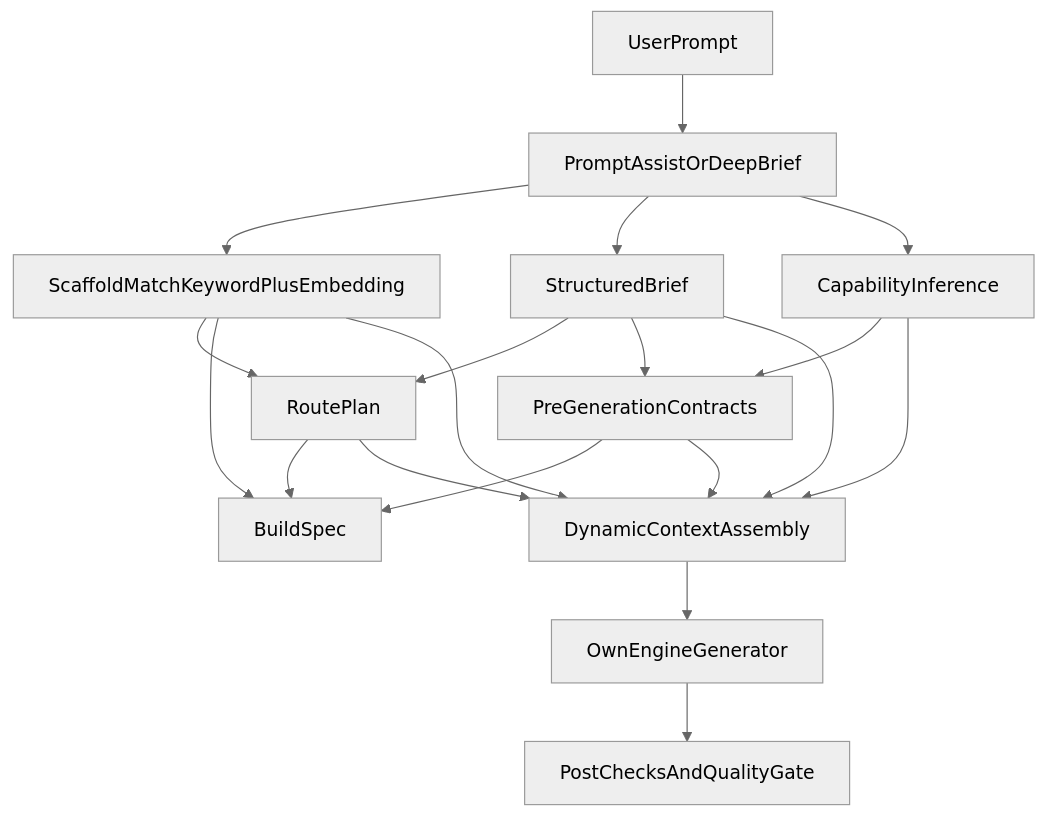
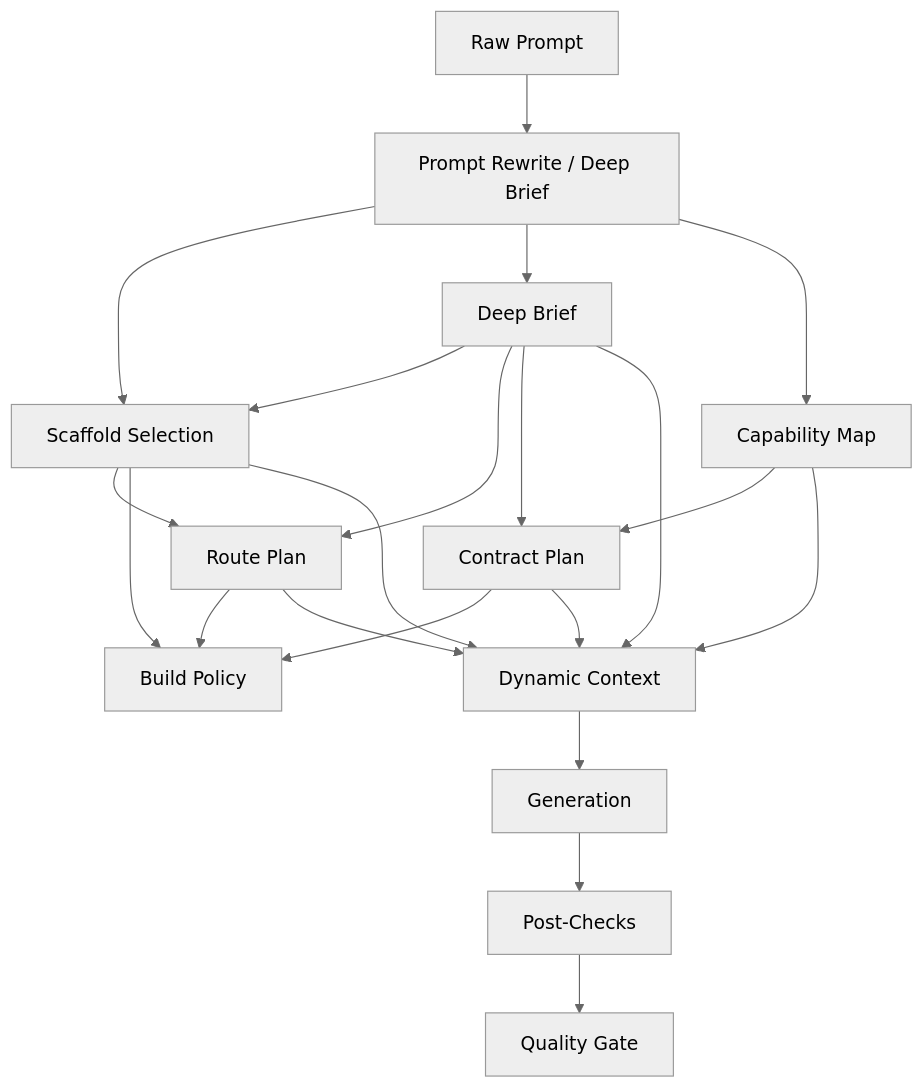
The diagram in docs/architecture/llm-signal-flow.md (Jakeminator123/sajtmaskin), drawn with Mermaid (neutral theme) before and after one commit. The commit also changed other lines of this file and 70 other files, not shown here.

````diff
--- a/docs/architecture/llm-signal-flow.md
+++ b/docs/architecture/llm-signal-flow.md
@@ -12,21 +12,23 @@
 ```mermaid
 flowchart TD
-  userPrompt["UserPrompt"] --> promptAssist["PromptAssistOrDeepBrief"]
-  promptAssist --> scaffoldMatch["ScaffoldMatchKeywordPlusEmbedding"]
-  promptAssist --> brief["StructuredBrief"]
-  scaffoldMatch --> routePlan["RoutePlan"]
+  userPrompt["Raw Prompt"] --> promptRewrite["Prompt Rewrite / Deep Brief"]
+  promptRewrite --> scaffoldMatch["Scaffold Selection"]
+  promptRewrite --> brief["Deep Brief"]
+  brief --> scaffoldMatch
+  scaffoldMatch --> routePlan["Route Plan"]
   brief --> routePlan
-  promptAssist --> capability["CapabilityInference"]
-  capability --> contracts["PreGenerationContracts"]
+  promptRewrite --> capability["Capability Map"]
+  capability --> contracts["Contract Plan"]
   brief --> contracts
-  scaffoldMatch --> buildSpec["BuildSpec"]
+  scaffoldMatch --> buildSpec["Build Policy"]
   routePlan --> buildSpec
   contracts --> buildSpec
-  brief --> dynamicContext["DynamicContextAssembly"]
+  brief --> dynamicContext["Dynamic Context"]
   scaffoldMatch --> dynamicContext
   routePlan --> dynamicContext
   contracts --> dynamicContext
   capability --> dynamicContext
-  dynamicContext --> generator["OwnEngineGenerator"]
-  generator --> postChecks["PostChecksAndQualityGate"]
+  dynamicContext --> generator["Generation"]
+  generator --> postChecks["Post-Checks"]
+  postChecks --> qualityGate["Quality Gate"]
 ```
````
